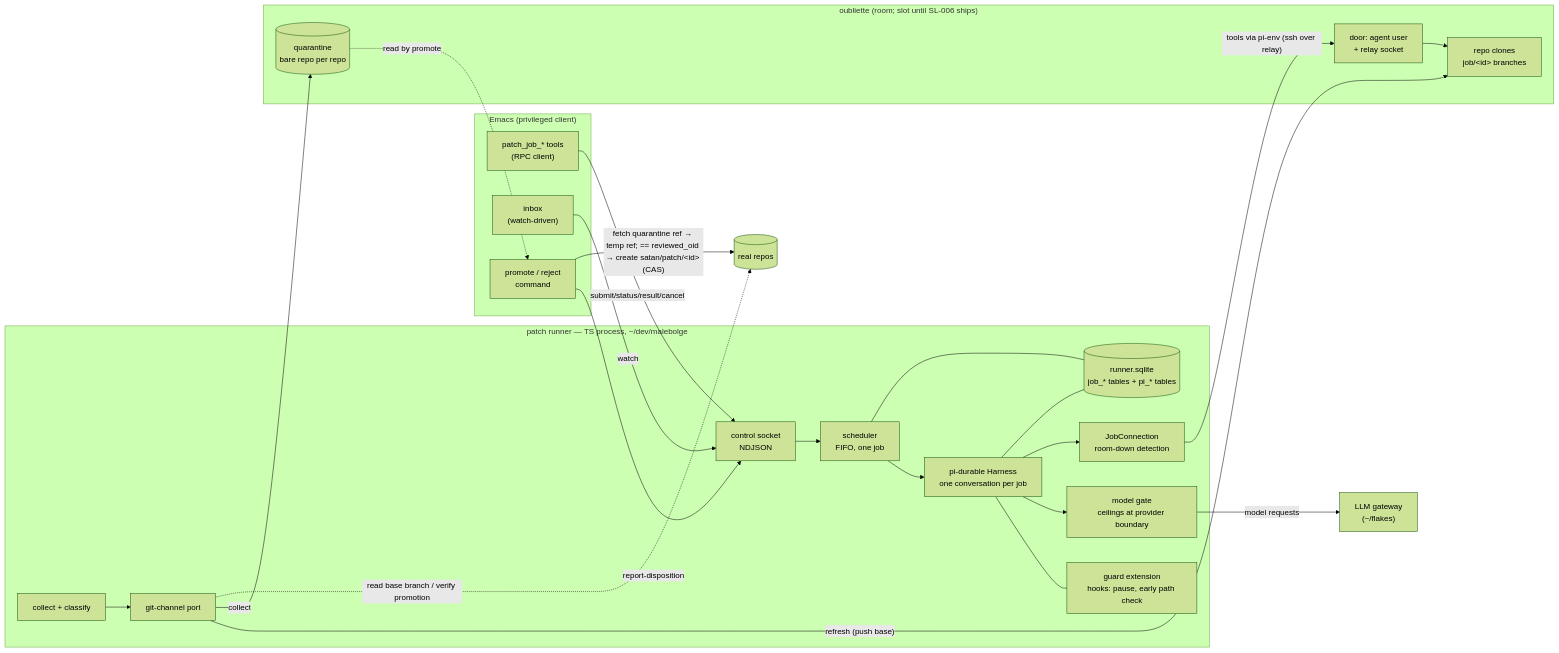
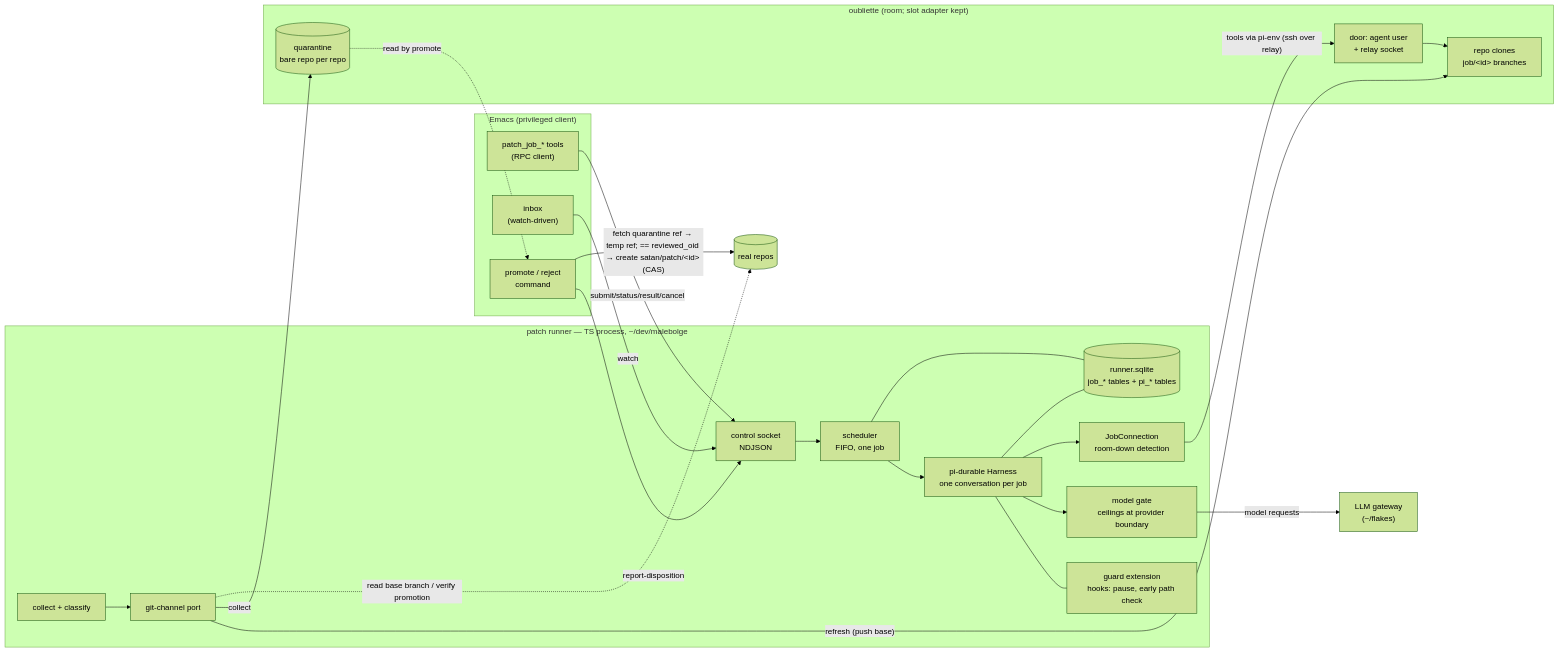
One commit to davidlee/satan changed the second of 7 diagrams in .doctrine/slice/023/design.md. Above: the diagram before and after it, drawn with Mermaid (forest theme). The commit also changed other lines of this file and 50 other files, not shown here.

````diff
--- a/.doctrine/slice/023/design.md
+++ b/.doctrine/slice/023/design.md
@@ -180,42 +183,42 @@
 ```mermaid
 flowchart LR
   subgraph emacs["Emacs (privileged client)"]
     tool["patch_job_* tools<br/>(RPC client)"]
     inbox["inbox<br/>(watch-driven)"]
     promote["promote / reject<br/>command"]
   end
   subgraph runner["patch runner — TS process, ~/dev/malebolge"]
     ctl["control socket<br/>NDJSON"]
     sched["scheduler<br/>FIFO, one job"]
     harness["pi-durable Harness<br/>one conversation per job"]
     guard["guard extension<br/>hooks: pause, early path check"]
     gate["model gate<br/>ceilings at provider boundary"]
     envw["JobConnection<br/>room-down detection"]
     chan["git-channel port"]
     classify["collect + classify"]
     db[("runner.sqlite<br/>job_* tables + pi_* tables")]
   end
   gw["LLM gateway<br/>(~/flakes)"]
-  subgraph oub["oubliette (room; slot until SL-006 ships)"]
+  subgraph oub["oubliette (room; slot adapter kept)"]
     door["door: agent user<br/>+ relay socket"]
     clone["repo clones<br/>job/&lt;id&gt; branches"]
     quar[("quarantine<br/>bare repo per repo")]
   end
   real[("real repos")]
 
   tool -- submit/status/result/cancel --> ctl
   inbox -- watch --> ctl
   promote -- report-disposition --> ctl
   ctl --> sched --> harness
   harness --- guard
   harness --> gate -- model requests --> gw
   harness --> envw -- "tools via pi-env (ssh over relay)" --> door --> clone
   chan -- refresh (push base) --> clone
   chan -- collect --> quar
   classify --> chan
   harness --- db
   sched --- db
   promote -- "fetch quarantine ref → temp ref; == reviewed_oid → create satan/patch/&lt;id&gt; (CAS)" --> real
   quar -. read by promote .-> promote
   chan -. "read base branch / verify promotion" .-> real
 ```
````
